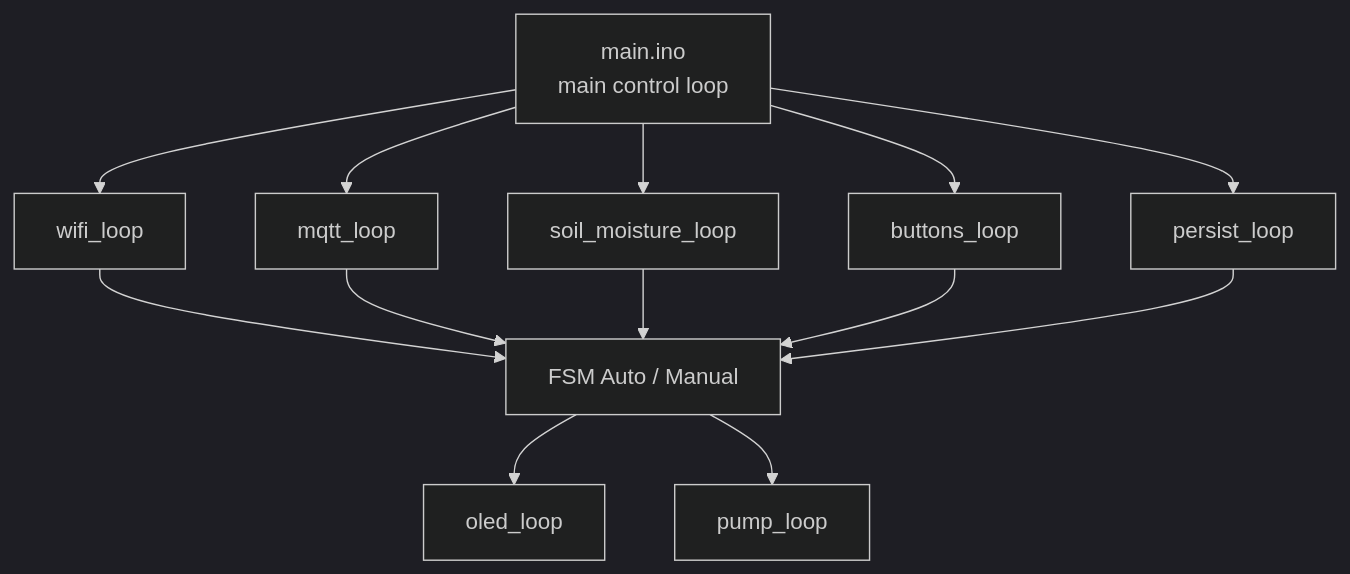
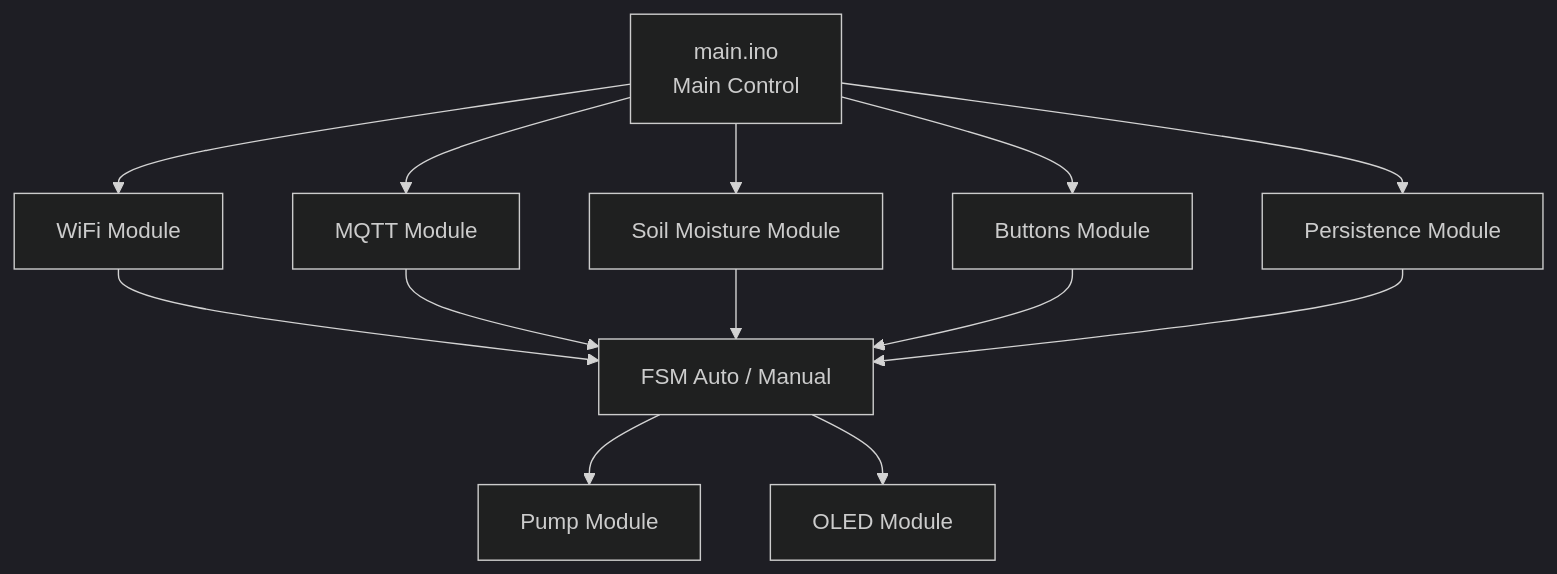
One commit to javierandrada/esp32-smart-irrigation changed the second of 2 diagrams in README.md. Above: the diagram before and after it, drawn with Mermaid (dark theme). The commit also changed other lines of this file, not shown here.

Commit message:
Update README.md
docs: fix typos and improve README formatting

````diff
--- a/README.md
+++ b/README.md
@@ -77,20 +77,20 @@
 ```mermaid
 flowchart TD
 
-A[main.ino<br>main control loop]
+A[main.ino<br>Main Control]
 
-A --> B[wifi_loop]
-A --> C[mqtt_loop]
-A --> D[soil_moisture_loop]
-A --> E[buttons_loop]
-A --> F[persist_loop]
+A --> B[WiFi Module]
+A --> C[MQTT Module]
+A --> D[Soil Moisture Module]
+A --> E[Buttons Module]
+A --> F[Persistence Module]
 
 B --> G[FSM Auto / Manual]
 C --> G
 D --> G
 E --> G
 F --> G
 
-G --> H[oled_loop]
-G --> I[pump_loop]
+G --> H[Pump Module]
+G --> I[OLED Module]
 ```
````
